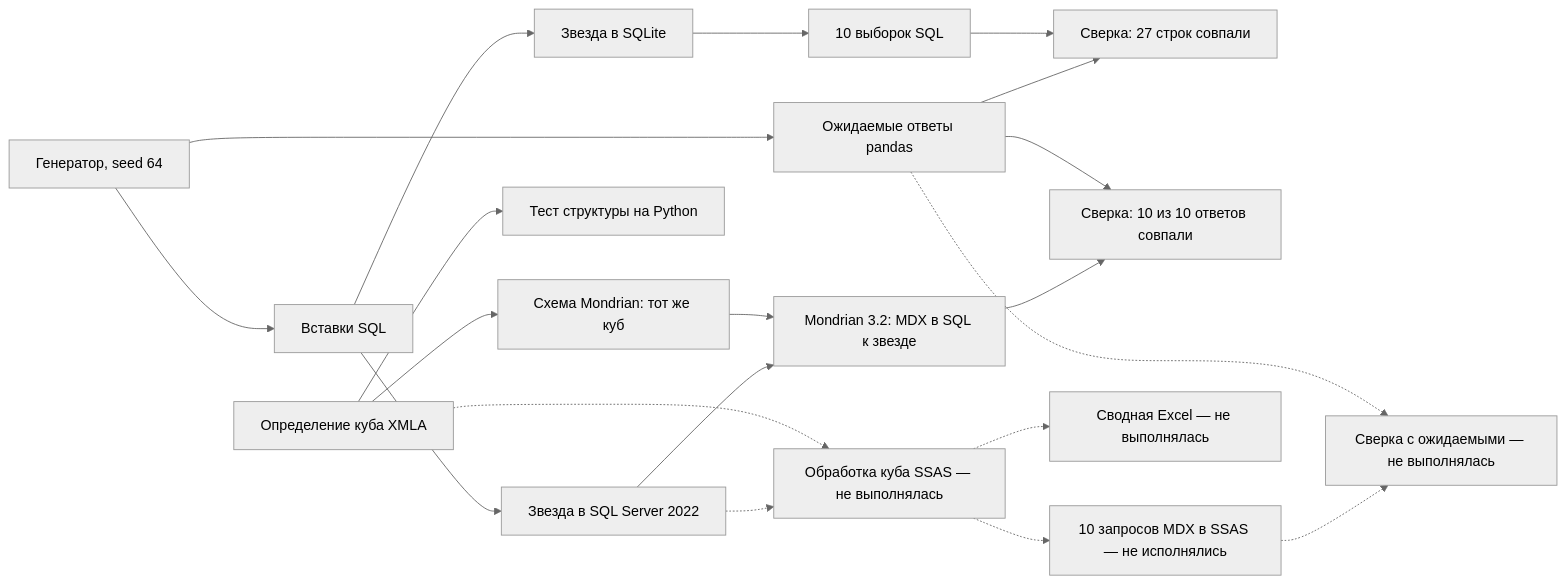
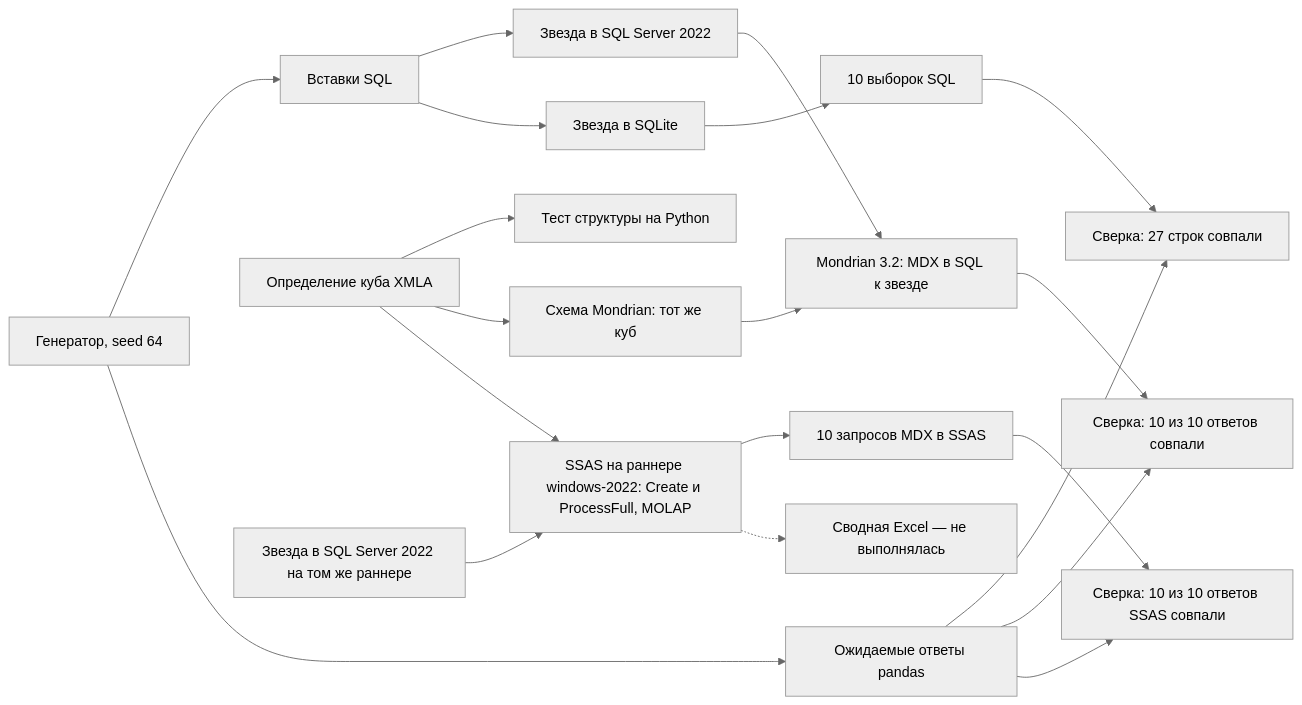
The diagram in docs/STUDY.md (brownjuly2003-code/ssas-mdx-sales-cube), drawn with Mermaid (neutral theme) before and after one commit. The commit also changed other lines of this file and 30 other files, not shown here.

Commit message:
Protocol of the SSAS run on windows-2022 and updated docs (snapshot of b650059)

````diff
--- a/docs/STUDY.md
+++ b/docs/STUDY.md
@@ -17,22 +17,22 @@
 ```mermaid
 flowchart LR
     G[Генератор, seed 64] --> I[Вставки SQL]
     I --> S[Звезда в SQL Server 2022]
     I --> L[Звезда в SQLite]
     G --> P[Ожидаемые ответы pandas]
     L --> Q[10 выборок SQL]
     P --> V1[Сверка: 27 строк совпали]
     Q --> V1
     X[Определение куба XMLA] --> T[Тест структуры на Python]
     X --> MS[Схема Mondrian: тот же куб]
     S --> MO[Mondrian 3.2: MDX в SQL к звезде]
     MS --> MO
     MO --> V3[Сверка: 10 из 10 ответов совпали]
     P --> V3
-    S -.-> C[Обработка куба SSAS — не выполнялась]
-    X -.-> C
-    C -.-> M[10 запросов MDX в SSAS — не исполнялись]
-    M -.-> V2[Сверка с ожидаемыми — не выполнялась]
-    P -.-> V2
+    X --> C[SSAS на раннере windows-2022: Create и ProcessFull, MOLAP]
+    W[Звезда в SQL Server 2022 на том же раннере] --> C
+    C --> M[10 запросов MDX в SSAS]
+    M --> V2[Сверка: 10 из 10 ответов SSAS совпали]
+    P --> V2
     C -.-> E[Сводная Excel — не выполнялась]
 ```
````
